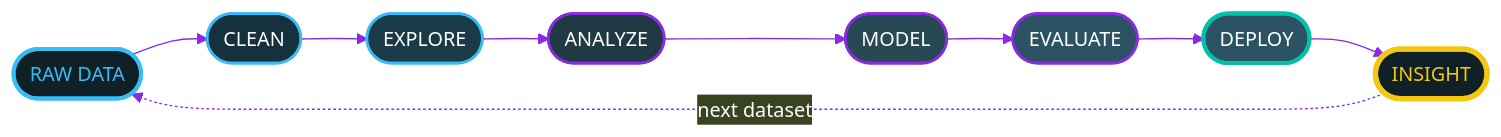
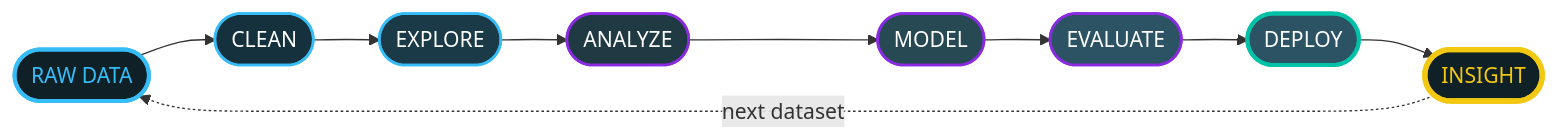
One commit to NEERAJSINGHDANU07/NEERAJSINGHDANU07 changed the first of 5 diagrams in README.md. Above: the diagram before and after it, drawn with Mermaid. The commit also changed other lines of this file, not shown here.

````diff
--- a/README.md
+++ b/README.md
@@ -133,20 +91,20 @@
 ```mermaid
-%%{init: {'theme':'base','themeVariables':{'fontFamily':'Fira Code, monospace','fontSize':'15px','primaryColor':'#203A43','primaryTextColor':'#FFFFFF','primaryBorderColor':'#36BCF7','lineColor':'#8A2BE2','tertiaryColor':'#0F2027'}}}%%
 flowchart LR
     A([RAW DATA]) --> B([CLEAN])
     B --> C([EXPLORE])
     C --> D([ANALYZE])
     D --> E([MODEL])
     E --> F([EVALUATE])
     F --> G([DEPLOY])
     G --> H([INSIGHT])
     H -.->|next dataset| A
+    
     style A fill:#0F2027,stroke:#36BCF7,stroke-width:3px,color:#36BCF7
     style B fill:#14313D,stroke:#36BCF7,stroke-width:2px,color:#FFFFFF
     style C fill:#1A3A48,stroke:#36BCF7,stroke-width:2px,color:#FFFFFF
     style D fill:#203A43,stroke:#8A2BE2,stroke-width:2px,color:#FFFFFF
     style E fill:#274953,stroke:#8A2BE2,stroke-width:2px,color:#FFFFFF
     style F fill:#2C5364,stroke:#8A2BE2,stroke-width:2px,color:#FFFFFF
     style G fill:#2C5364,stroke:#00C2A8,stroke-width:3px,color:#FFFFFF
     style H fill:#0F2027,stroke:#F2C811,stroke-width:4px,color:#F2C811
 ```
````
